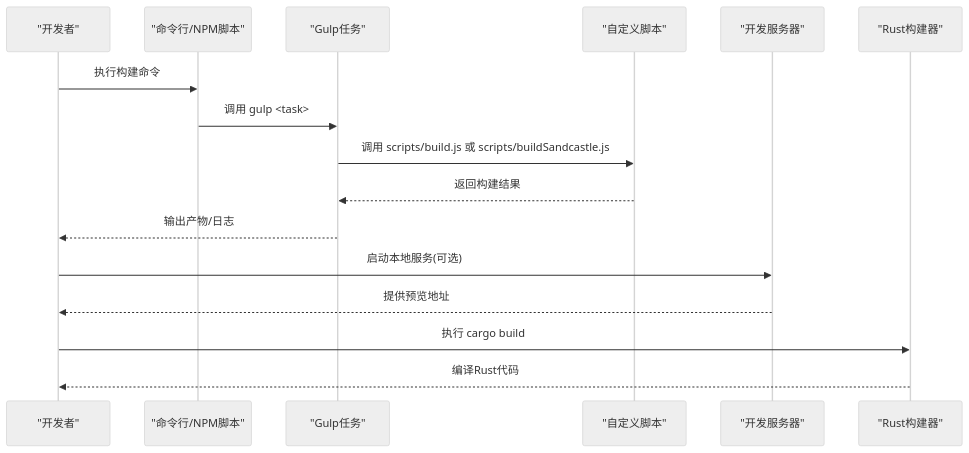
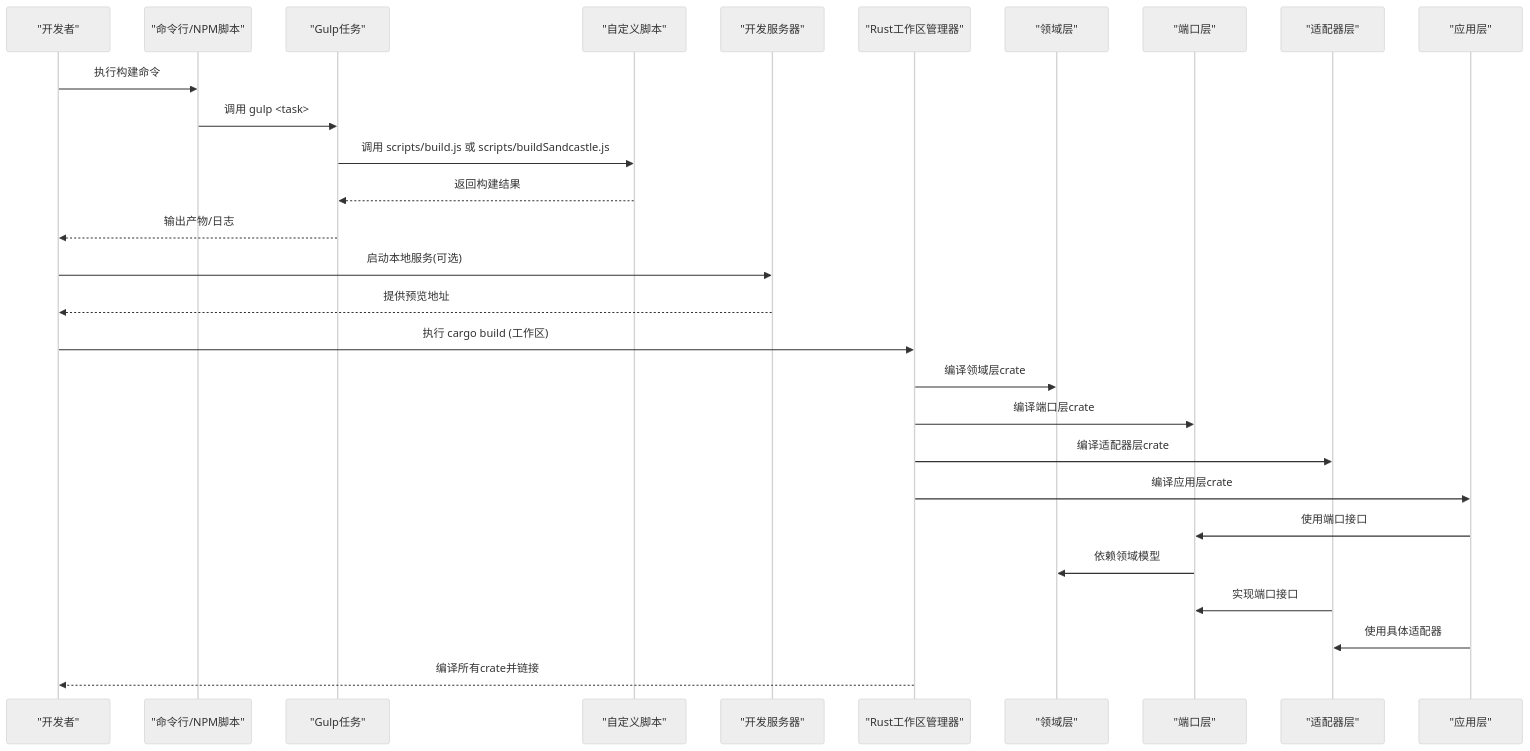
Before and after one commit to rzhangjing/cesium: the second of 7 diagrams in .qoder/repowiki/zh/content/构建与部署/构建系统配置/构建系统配置.md, drawn with Mermaid (neutral theme). The commit also changed other lines of this file and 92 other files, not shown here.

````diff
--- a/.qoder/repowiki/zh/content/构建与部署/构建系统配置/构建系统配置.md
+++ b/.qoder/repowiki/zh/content/构建与部署/构建系统配置/构建系统配置.md
@@ -124,18 +129,30 @@
 ```mermaid
 sequenceDiagram
 participant Dev as "开发者"
 participant CLI as "命令行/NPM脚本"
 participant Gulp as "Gulp任务"
 participant Scripts as "自定义脚本"
 participant Server as "开发服务器"
-participant Cargo as "Rust构建器"
+participant Cargo as "Rust工作区管理器"
+participant Domain as "领域层"
+participant Ports as "端口层"
+participant Adapters as "适配器层"
+participant App as "应用层"
 Dev->>CLI : 执行构建命令
 CLI->>Gulp : 调用 gulp <task>
 Gulp->>Scripts : 调用 scripts/build.js 或 scripts/buildSandcastle.js
 Scripts-->>Gulp : 返回构建结果
 Gulp-->>Dev : 输出产物/日志
 Dev->>Server : 启动本地服务(可选)
 Server-->>Dev : 提供预览地址
-Dev->>Cargo : 执行 cargo build
-Cargo-->>Dev : 编译Rust代码
+Dev->>Cargo : 执行 cargo build (工作区)
+Cargo->>Domain : 编译领域层crate
+Cargo->>Ports : 编译端口层crate
+Cargo->>Adapters : 编译适配器层crate
+Cargo->>App : 编译应用层crate
+App->>Ports : 使用端口接口
+Ports->>Domain : 依赖领域模型
+Adapters->>Ports : 实现端口接口
+App->>Adapters : 使用具体适配器
+Cargo-->>Dev : 编译所有crate并链接
 ```
````
